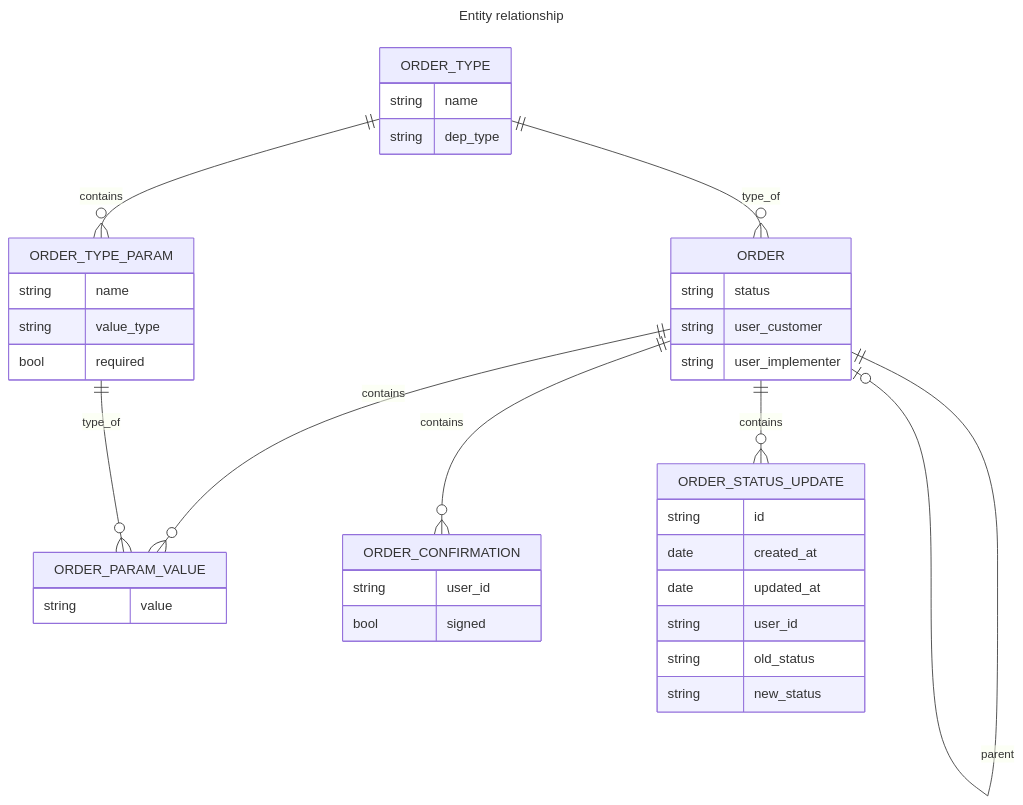
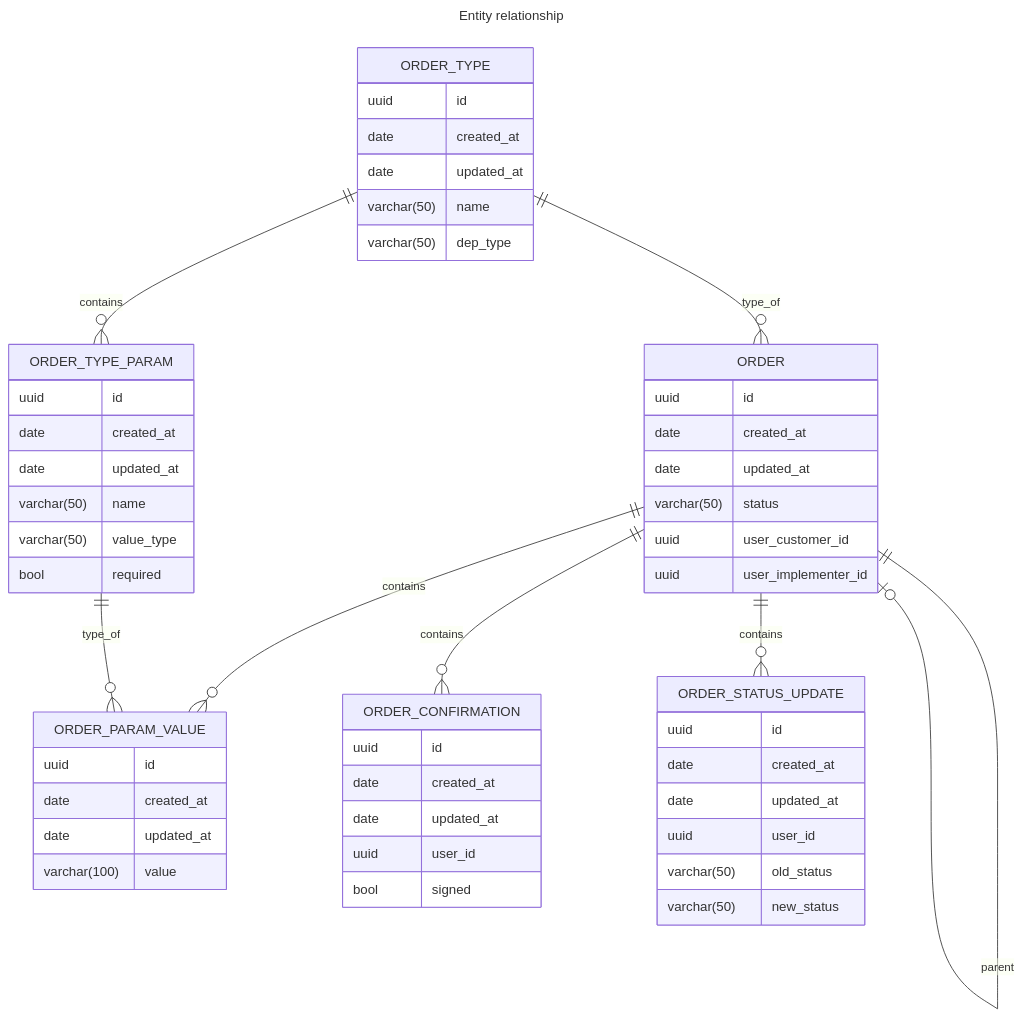
One commit to GulDilin/itmo changed the diagram in magistracy/software-engeneering-methodology/diagrams/ER.mmd. Above: the diagram before and after it, drawn with Mermaid.

Commit message:
Update ER

```diff
--- a/magistracy/software-engeneering-methodology/diagrams/ER.mmd
+++ b/magistracy/software-engeneering-methodology/diagrams/ER.mmd
@@ -1,44 +1,59 @@
 ---
 title: Entity relationship
 ---
 erDiagram
     ORDER_TYPE {
-        string name
-        string dep_type
+        uuid id
+        date created_at
+        date updated_at
+        varchar(50) name
+        varchar(50) dep_type
     }
     ORDER_TYPE_PARAM {
-        string name
-        string value_type
+        uuid id
+        date created_at
+        date updated_at
+        varchar(50) name
+        varchar(50) value_type
         bool required
     }
     ORDER_TYPE ||--o{ ORDER_TYPE_PARAM : contains
 
     ORDER {
-        string status
-        string user_customer
-        string user_implementer
+        uuid id
+        date created_at
+        date updated_at
+        varchar(50) status
+        uuid user_customer_id
+        uuid user_implementer_id
     }
     ORDER ||--o| ORDER : parent
     ORDER_TYPE ||--o{ ORDER : type_of
 
     ORDER_PARAM_VALUE {
-        string value
+        uuid id
+        date created_at
+        date updated_at
+        varchar(100) value
     }
     ORDER ||--o{ ORDER_PARAM_VALUE : contains
     ORDER_TYPE_PARAM ||--o{ ORDER_PARAM_VALUE : type_of
 
     ORDER_CONFIRMATION {
-        string user_id
+        uuid id
+        date created_at
+        date updated_at
+        uuid user_id
         bool signed
     }
     ORDER ||--o{ ORDER_CONFIRMATION : contains
 
     ORDER_STATUS_UPDATE {
-        string id
+        uuid id
         date created_at
         date updated_at
-        string user_id
-        string old_status
-        string new_status
+        uuid user_id
+        varchar(50) old_status
+        varchar(50) new_status
     }
     ORDER ||--o{ ORDER_STATUS_UPDATE : contains
```
